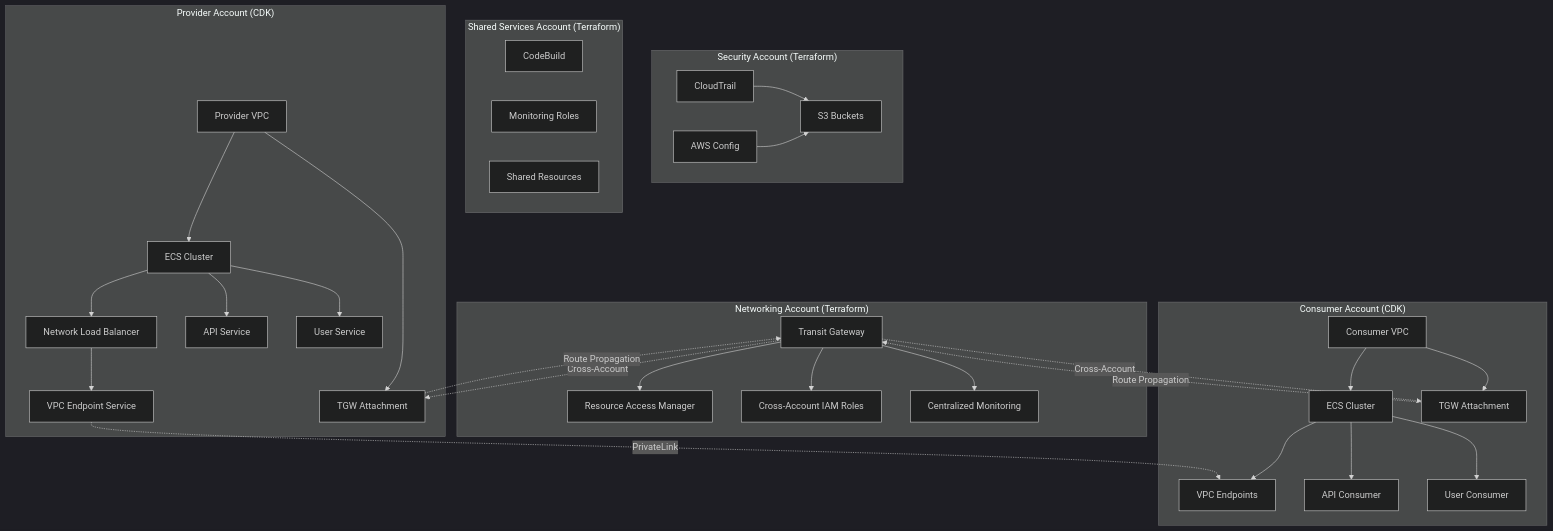
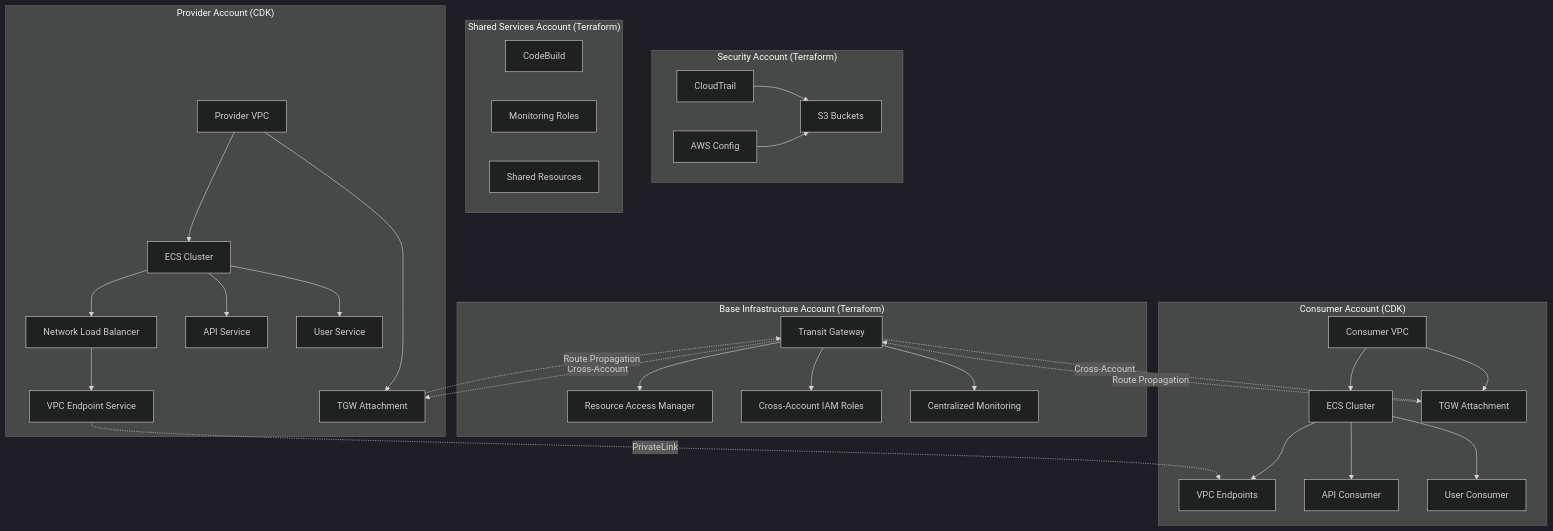
The diagram in README.md (johnnymarquezv/aws-ecs-privatelink-terraform-cdk), drawn with Mermaid (dark theme) before and after one commit. The commit also changed other lines of this file and 12 other files, not shown here.

````diff
--- a/README.md
+++ b/README.md
@@ -16,62 +16,62 @@
 ```mermaid
 graph TB
-    subgraph "Networking Account (Terraform)"
+    subgraph "Base Infrastructure Account (Terraform)"
         TGW[Transit Gateway]
         RAM[Resource Access Manager]
         IAM_ROLES[Cross-Account IAM Roles]
         MONITORING[Centralized Monitoring]
         TGW --> RAM
         TGW --> IAM_ROLES
         TGW --> MONITORING
     end
     
     subgraph "Security Account (Terraform)"
         CT[CloudTrail]
         CFG[AWS Config]
         S3_SEC[S3 Buckets]
         CT --> S3_SEC
         CFG --> S3_SEC
     end
     
     subgraph "Shared Services Account (Terraform)"
         CB[CodeBuild]
         MON[Monitoring Roles]
         SHARED[Shared Resources]
     end
     
     subgraph "Provider Account (CDK)"
         VPC_PROV[Provider VPC]
         ECS_PROV[ECS Cluster]
         NLB[Network Load Balancer]
         VES[VPC Endpoint Service]
         API_SVC[API Service]
         USER_SVC[User Service]
         TGW_ATT_PROV[TGW Attachment]
         VPC_PROV --> ECS_PROV
         ECS_PROV --> NLB
         NLB --> VES
         ECS_PROV --> API_SVC
         ECS_PROV --> USER_SVC
         VPC_PROV --> TGW_ATT_PROV
     end
     
     subgraph "Consumer Account (CDK)"
         VPC_CONS[Consumer VPC]
         ECS_CONS[ECS Cluster]
         VEP[VPC Endpoints]
         API_CONS[API Consumer]
         USER_CONS[User Consumer]
         TGW_ATT_CONS[TGW Attachment]
         VPC_CONS --> ECS_CONS
         ECS_CONS --> VEP
         ECS_CONS --> API_CONS
         ECS_CONS --> USER_CONS
         VPC_CONS --> TGW_ATT_CONS
     end
     
     VES -.->|PrivateLink| VEP
     TGW -.->|Cross-Account| TGW_ATT_PROV
     TGW -.->|Cross-Account| TGW_ATT_CONS
     TGW_ATT_PROV -.->|Route Propagation| TGW
     TGW_ATT_CONS -.->|Route Propagation| TGW
 ```
````
